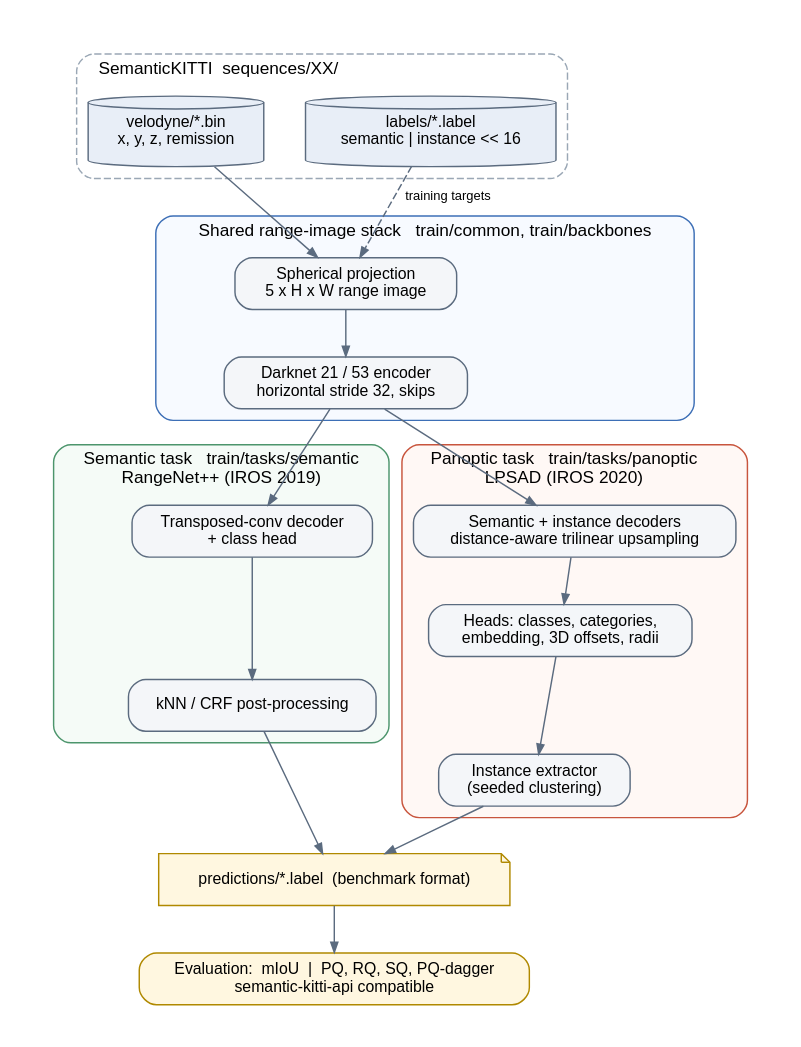
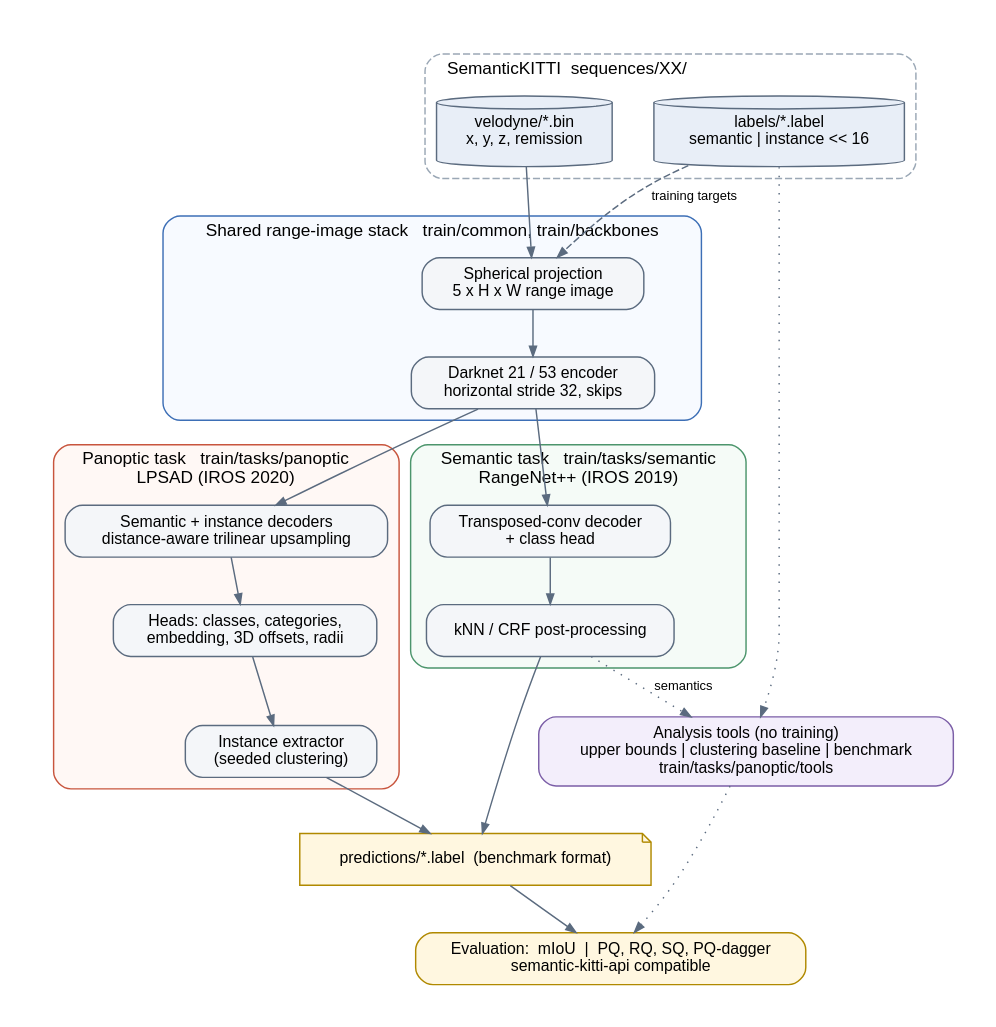
Before and after one commit to 22by7-raikar/rangenet-panoptic: the diagram in docs/diagrams/system.dot, drawn with Graphviz. The commit also changed 16 other files, not shown here.

First line of the commit message:
Add training-free analysis tools; default to the paper's clustering rule

```diff
--- a/docs/diagrams/system.dot
+++ b/docs/diagrams/system.dot
@@ -1,48 +1,52 @@
 // System overview: data, shared range-image stack, the two tasks, outputs.
 digraph system {
   graph [rankdir=TB, bgcolor="white", pad=0.3, nodesep=0.4, ranksep=0.45,
          fontname="Helvetica", fontsize=12, labeljust=l, compound=true, newrank=true];
   node  [shape=box, style="rounded,filled", fontname="Helvetica", fontsize=11,
          color="#5b6b7f", fillcolor="#f4f6f9", margin="0.18,0.08"];
   edge  [color="#5b6b7f", fontname="Helvetica", fontsize=9, arrowsize=0.7];
 
   subgraph cluster_data {
     label="SemanticKITTI  sequences/XX/"; style="rounded,dashed"; color="#9aa7b5";
     scans  [label="velodyne/*.bin\nx, y, z, remission", shape=cylinder, fillcolor="#e8eef7"];
     labels [label="labels/*.label\nsemantic | instance << 16", shape=cylinder, fillcolor="#e8eef7"];
   }
 
   subgraph cluster_shared {
     label="Shared range-image stack   train/common, train/backbones"; style="rounded,filled"; color="#3d6fb6"; fillcolor="#f7faff";
     proj [label="Spherical projection\n5 x H x W range image"];
     bb   [label="Darknet 21 / 53 encoder\nhorizontal stride 32, skips"];
     proj -> bb;
   }
 
   subgraph cluster_sem {
     label="Semantic task   train/tasks/semantic\nRangeNet++ (IROS 2019)"; style="rounded,filled"; color="#4c956c"; fillcolor="#f5fbf7";
     semdec [label="Transposed-conv decoder\n+ class head"];
     knn    [label="kNN / CRF post-processing"];
     semdec -> knn;
   }
 
   subgraph cluster_pan {
     label="Panoptic task   train/tasks/panoptic\nLPSAD (IROS 2020)"; style="rounded,filled"; color="#c8553d"; fillcolor="#fff8f5";
     dec2  [label="Semantic + instance decoders\ndistance-aware trilinear upsampling"];
     heads [label="Heads: classes, categories,\nembedding, 3D offsets, radii"];
     clus  [label="Instance extractor\n(seeded clustering)"];
     dec2 -> heads -> clus;
   }
 
+  tools [label="Analysis tools (no training)\nupper bounds | clustering baseline | benchmark\ntrain/tasks/panoptic/tools", fillcolor="#f3eefb", color="#7b5ea7"];
   out  [label="predictions/*.label  (benchmark format)", shape=note, fillcolor="#fff7e0", color="#b08900"];
   eval [label="Evaluation:  mIoU  |  PQ, RQ, SQ, PQ-dagger\nsemantic-kitti-api compatible", fillcolor="#fff7e0", color="#b08900"];
 
   scans -> proj;
   labels -> proj [style=dashed, label=" training targets"];
   bb -> semdec;
   bb -> dec2;
   knn -> out;
   clus -> out;
   out -> eval;
+  labels -> tools [style=dotted];
+  knn -> tools [style=dotted, label=" semantics"];
+  tools -> eval [style=dotted];
   {rank=same; semdec; dec2}
 }
```
